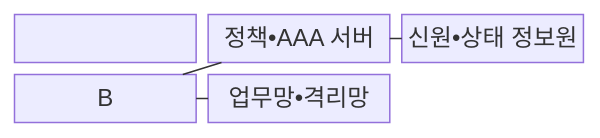
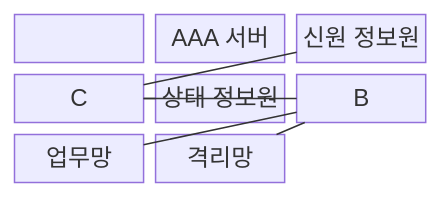
Before and after one commit to agnusdei1207/knowledge-base: the first of 2 diagrams in src/content/docs/notes/04-network/114_network_access_control.md, drawn with Mermaid. The commit also changed other lines of this file and 16 other files, not shown here.

````diff
--- a/src/content/docs/notes/04-network/114_network_access_control.md
+++ b/src/content/docs/notes/04-network/114_network_access_control.md
@@ -69,8 +75,10 @@
 ```mermaid
 block-beta
   columns 3
-  A["접속 단말"] --- B["접근 집행점"] --- C["정책•AAA 서버"]
-  D["신원•상태 정보원"] --- C
+  A["접속 단말"] --- B["접근 집행점"] --- C["정책 서버"] --- F["AAA 서버"]
+  D["신원 정보원"] --- C
+  G["상태 정보원"] --- C
   C --- B
-  B --- E["업무망•격리망"]
+  B --- E["업무망"]
+  B --- H["격리망"]
 ```
````
